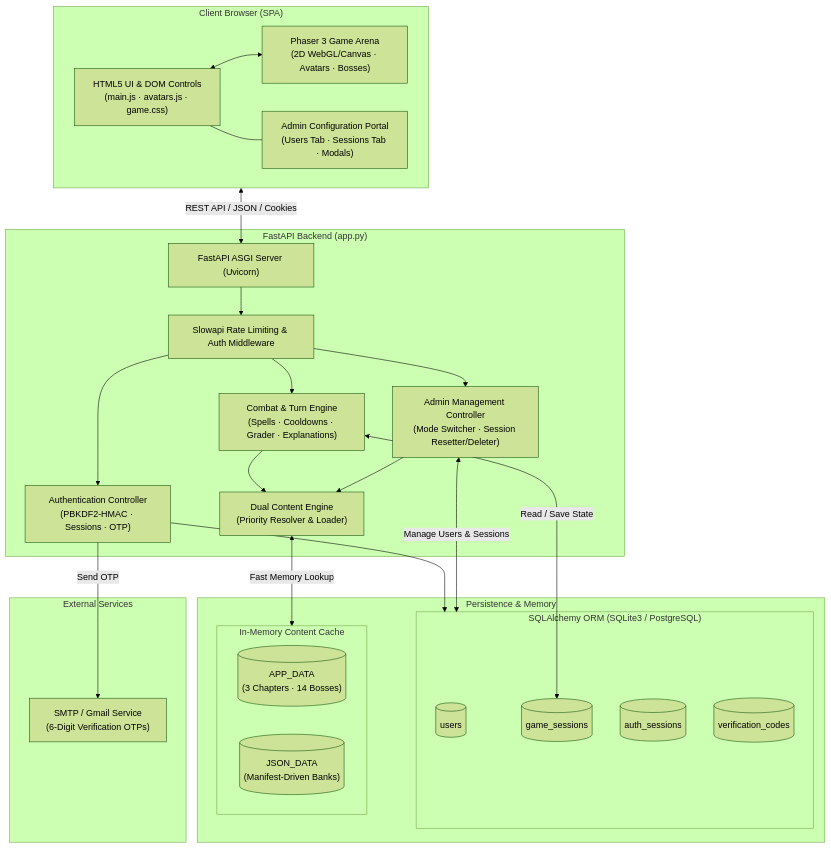
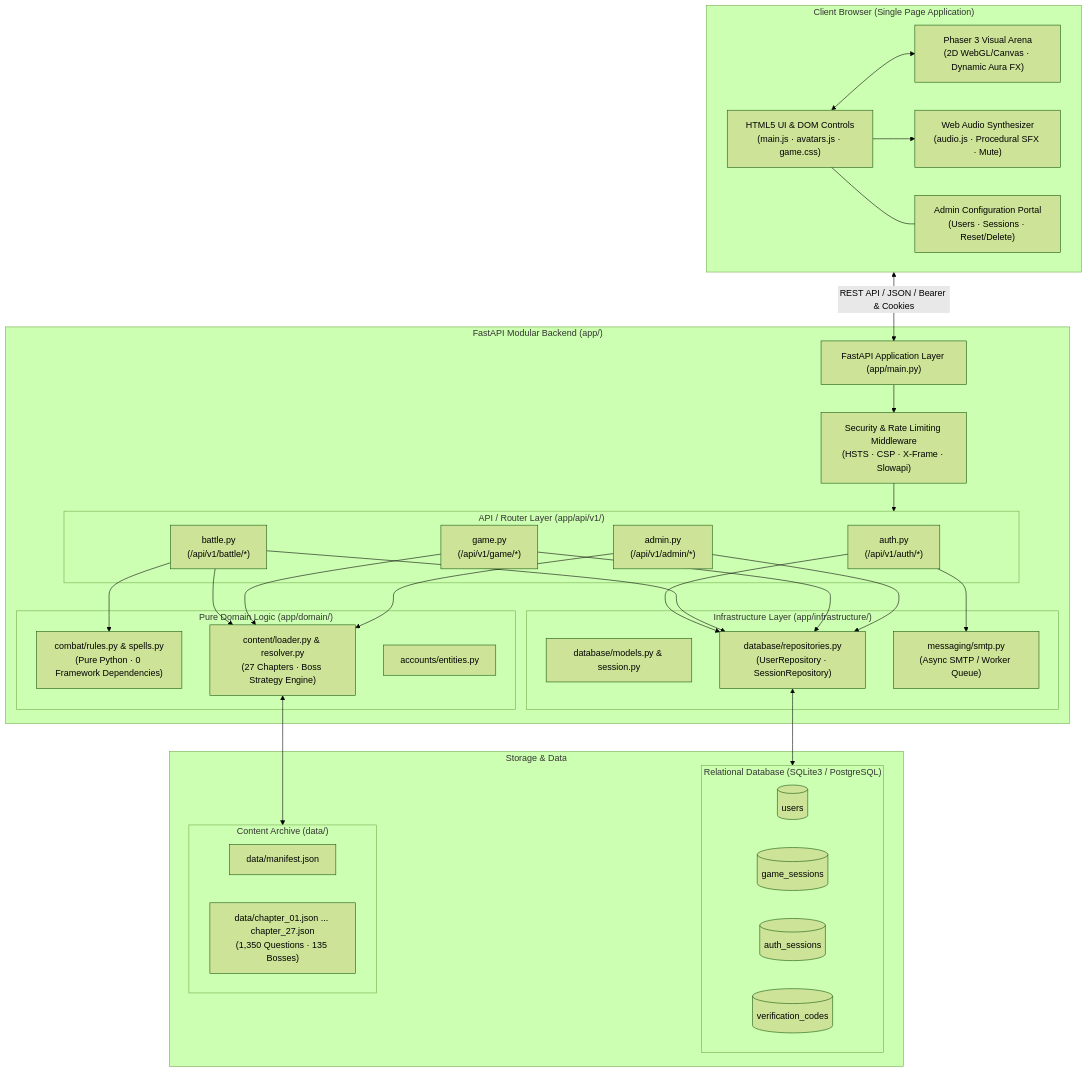
One commit to DKxi/OrganicBattlesProductionUpgrade changed the first of 4 diagrams in README.md. Above: the diagram before and after it, drawn with Mermaid (forest theme). The commit also changed other lines of this file and 51 other files, not shown here.

Commit message:
Upgrade to Organic Battles V4P: modular architecture, audio engine, boss strategy validation, and admin credentials management

````diff
--- a/README.md
+++ b/README.md
@@ -9,48 +9,60 @@
 ```mermaid
 flowchart TB
-    subgraph Client["Client Browser (SPA)"]
+    subgraph Client["Client Browser (Single Page Application)"]
         UI["HTML5 UI & DOM Controls<br/>(main.js · avatars.js · game.css)"]
-        Phaser["Phaser 3 Game Arena<br/>(2D WebGL/Canvas · Avatars · Bosses)"]
-        AdminUI["Admin Configuration Portal<br/>(Users Tab · Sessions Tab · Modals)"]
+        Phaser["Phaser 3 Visual Arena<br/>(2D WebGL/Canvas · Dynamic Aura FX)"]
+        AudioEngine["Web Audio Synthesizer<br/>(audio.js · Procedural SFX · Mute)"]
+        AdminUI["Admin Configuration Portal<br/>(Users · Sessions · Reset/Delete)"]
         UI <--> Phaser
+        UI --> AudioEngine
         UI --- AdminUI
     end
 
-    subgraph Server["FastAPI Backend (app.py)"]
-        Router["FastAPI ASGI Server (Uvicorn)"]
-        RateLimit["Slowapi Rate Limiting & Auth Middleware"]
-        AuthCtrl["Authentication Controller<br/>(PBKDF2-HMAC · Sessions · OTP)"]
-        CombatEngine["Combat & Turn Engine<br/>(Spells · Cooldowns · Grader · Explanations)"]
-        AdminCtrl["Admin Management Controller<br/>(Mode Switcher · Session Resetter/Deleter)"]
-        DualEngine["Dual Content Engine<br/>(Priority Resolver & Loader)"]
+    subgraph Server["FastAPI Modular Backend (app/)"]
+        Router["FastAPI Application Layer (app/main.py)"]
+        SecurityMW["Security & Rate Limiting Middleware<br/>(HSTS · CSP · X-Frame · Slowapi)"]
+        
+        subgraph APILayer["API / Router Layer (app/api/v1/)"]
+            AuthRouter["auth.py<br/>(/api/v1/auth/*)"]
+            BattleRouter["battle.py<br/>(/api/v1/battle/*)"]
+            GameRouter["game.py<br/>(/api/v1/game/*)"]
+            AdminRouter["admin.py<br/>(/api/v1/admin/*)"]
+        end
 
-        Router --> RateLimit --> AuthCtrl & CombatEngine & AdminCtrl
-        CombatEngine --> DualEngine
-        AdminCtrl --> DualEngine
+        subgraph DomainLayer["Pure Domain Logic (app/domain/)"]
+            CombatRules["combat/rules.py & spells.py<br/>(Pure Python · 0 Framework Dependencies)"]
+            ContentEngine["content/loader.py & resolver.py<br/>(27 Chapters · Boss Strategy Engine)"]
+            AccountRules["accounts/entities.py"]
+        end
+
+        subgraph InfraLayer["Infrastructure Layer (app/infrastructure/)"]
+            DBModels["database/models.py & session.py"]
+            Repositories["database/repositories.py<br/>(UserRepository · SessionRepository)"]
+            EmailService["messaging/smtp.py<br/>(Async SMTP / Worker Queue)"]
+        end
+
+        Router --> SecurityMW --> APILayer
+        AuthRouter --> Repositories & EmailService
+        BattleRouter --> CombatRules & Repositories & ContentEngine
+        GameRouter --> ContentEngine & Repositories
+        AdminRouter --> Repositories & ContentEngine
     end
 
-    subgraph Storage["Persistence & Memory"]
-        subgraph DB["SQLAlchemy ORM (SQLite3 / PostgreSQL)"]
+    subgraph Persistence["Storage & Data"]
+        subgraph DB["Relational Database (SQLite3 / PostgreSQL)"]
             UsersTable[("users")]
             SessionsTable[("game_sessions")]
             AuthTable[("auth_sessions")]
             OTPTable[("verification_codes")]
         end
 
-        subgraph MemoryBundles["In-Memory Content Cache"]
-            AppBundle[("APP_DATA<br/>(3 Chapters · 14 Bosses)")]
-            JsonBundle[("JSON_DATA<br/>(Manifest-Driven Banks)")]
+        subgraph ContentFiles["Content Archive (data/)"]
+            ManifestFile["data/manifest.json"]
+            ChapterJSONs["data/chapter_01.json ... chapter_27.json<br/>(1,350 Questions · 135 Bosses)"]
         end
     end
 
-    subgraph External["External Services"]
-        SMTP["SMTP / Gmail Service<br/>(6-Digit Verification OTPs)"]
-    end
-
-    Client <-->|"REST API / JSON / Cookies"| Router
-    AuthCtrl --> DB
-    AuthCtrl -->|"Send OTP"| SMTP
-    CombatEngine <-->|"Read / Save State"| SessionsTable
-    AdminCtrl <-->|"Manage Users & Sessions"| DB
-    DualEngine <-->|"Fast Memory Lookup"| MemoryBundles
+    Client <-->|"REST API / JSON / Bearer & Cookies"| Router
+    Repositories <--> DB
+    ContentEngine <--> ContentFiles
 ```
````
